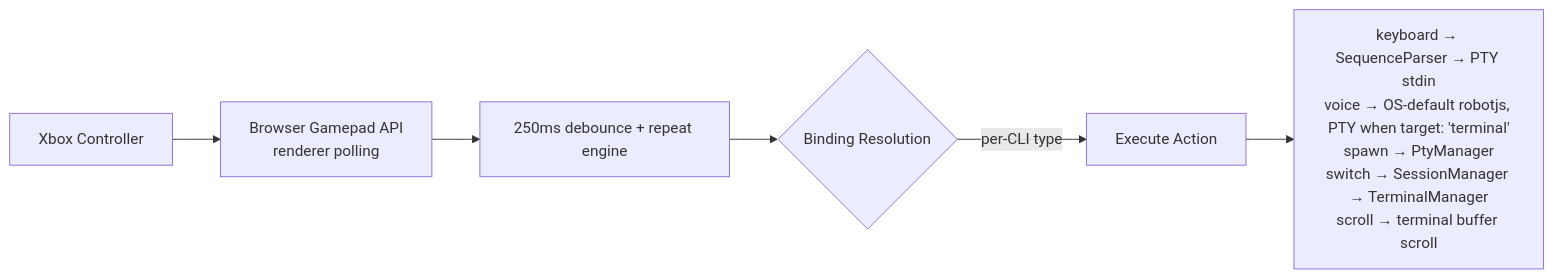
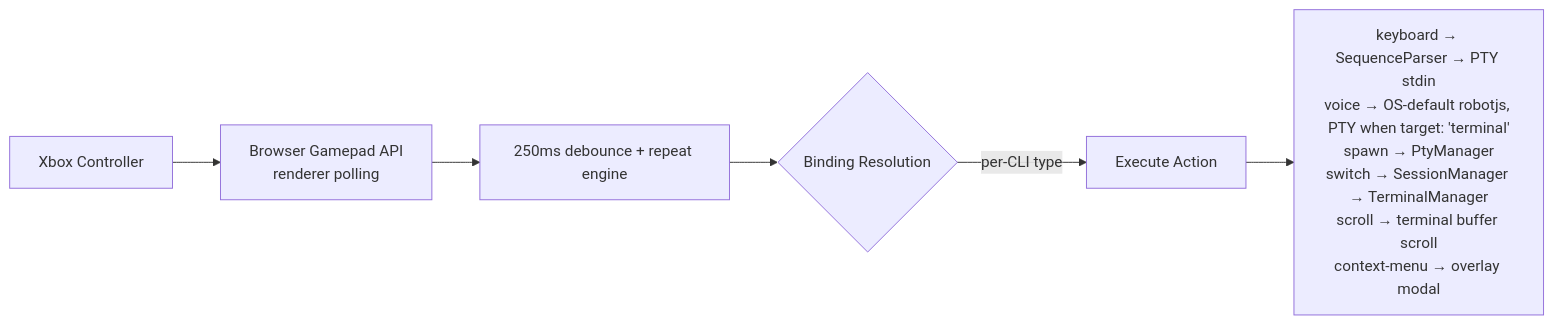
The second of 3 diagrams in .github/copilot-instructions.md (PetePeter/gamepad-cli-hub), drawn with Mermaid before and after one commit. The commit also changed other lines of this file and 18 other files, not shown here.

First line of the commit message:
feat: context menu overlay for embedded terminals

````diff
--- a/.github/copilot-instructions.md
+++ b/.github/copilot-instructions.md
@@ -58,8 +58,8 @@
 ```mermaid
 flowchart LR
     A[Xbox Controller] --> B[Browser Gamepad API<br/>renderer polling]
     B --> C[250ms debounce + repeat engine]
     C --> D{Binding Resolution}
     D -->|per-CLI type| E[Execute Action]
-    E --> F[keyboard → SequenceParser → PTY stdin<br/>voice → OS-default robotjs, PTY when target: 'terminal'<br/>spawn → PtyManager<br/>switch → SessionManager → TerminalManager<br/>scroll → terminal buffer scroll]
+    E --> F[keyboard → SequenceParser → PTY stdin<br/>voice → OS-default robotjs, PTY when target: 'terminal'<br/>spawn → PtyManager<br/>switch → SessionManager → TerminalManager<br/>scroll → terminal buffer scroll<br/>context-menu → overlay modal]
 ```
````
